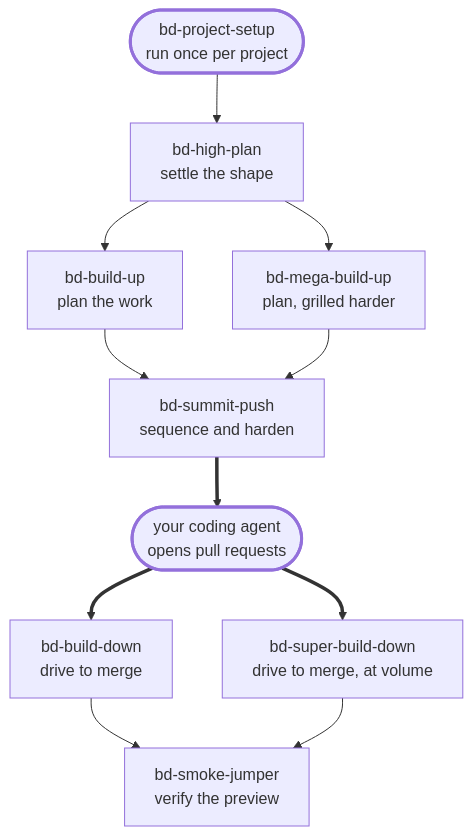
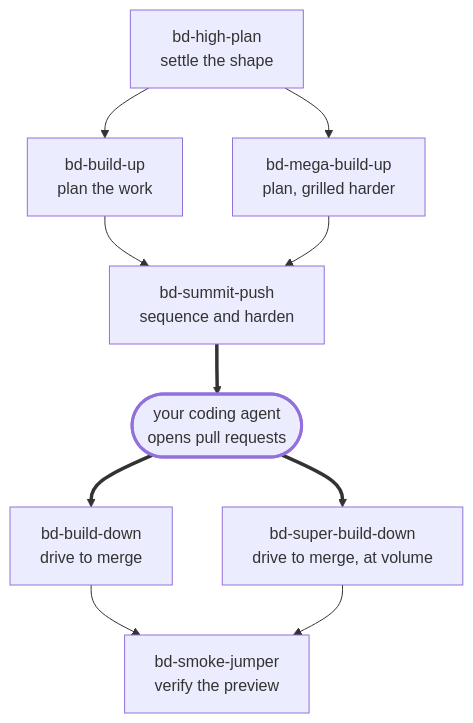
Before and after one commit to BuildDownAI/docs: the first of 2 diagrams in latest/skills/introduction.mdx, drawn with Mermaid. The commit also changed other lines of this file and 3 other files, not shown here.

````diff
--- a/latest/skills/introduction.mdx
+++ b/latest/skills/introduction.mdx
@@ -30,26 +29,24 @@
 ```mermaid
 graph TD
-    setup(["bd-project-setup<br/>run once per project"])
     high["bd-high-plan<br/>settle the shape"]
     up["bd-build-up<br/>plan the work"]
     mega["bd-mega-build-up<br/>plan, grilled harder"]
     push["bd-summit-push<br/>sequence and harden"]
     agent(["your coding agent<br/>opens pull requests"])
     down["bd-build-down<br/>drive to merge"]
     sdown["bd-super-build-down<br/>drive to merge, at volume"]
     smoke["bd-smoke-jumper<br/>verify the preview"]
 
-    setup --> high
     high --> up
     high --> mega
     up --> push
     mega --> push
     push ==> agent
     agent ==> down
     agent ==> sdown
     down --> smoke
     sdown --> smoke
 
     classDef external stroke-width:3px
-    class agent,setup external
+    class agent external
 ```
````
